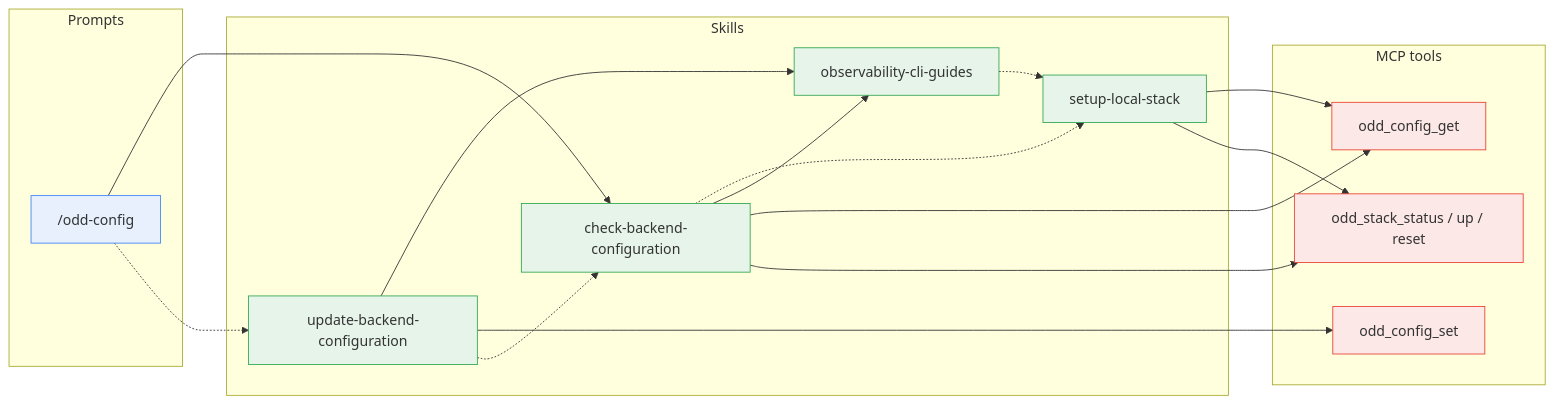
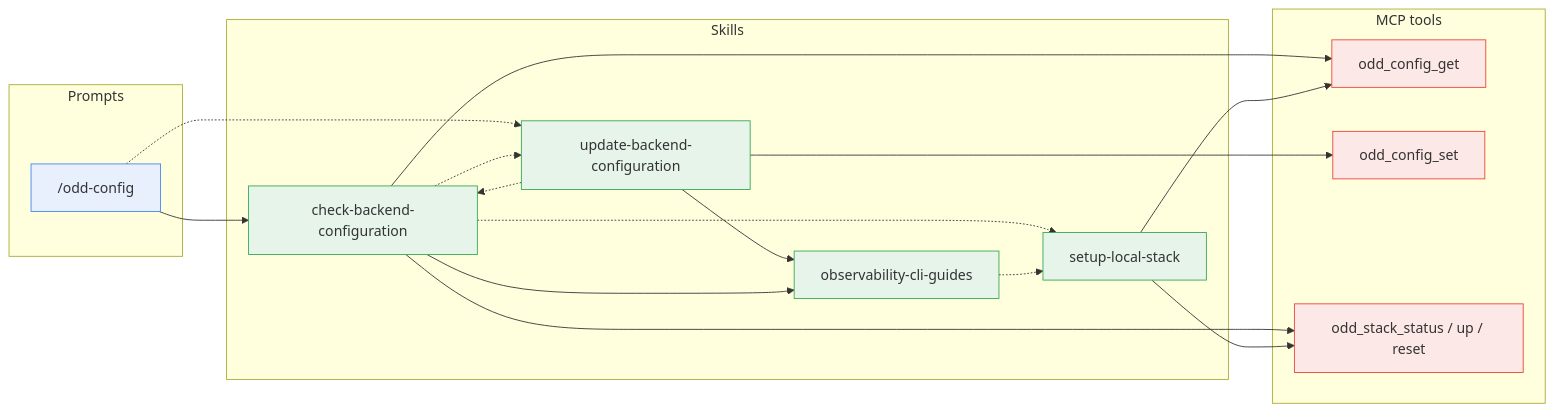
The fifth of 6 diagrams in docs/guide/dependencies.md (using-system/oddyssey), drawn with Mermaid before and after one commit. The commit also changed other lines of this file and 1 other file, not shown here.

````diff
--- a/docs/guide/dependencies.md
+++ b/docs/guide/dependencies.md
@@ -311,41 +318,42 @@
 ```mermaid
 flowchart LR
   subgraph Prompts
     config["/odd-config"]
   end
 
   subgraph Skills
     cbc[check-backend-configuration]
     ubc[update-backend-configuration]
     ocg[observability-cli-guides]
     sls[setup-local-stack]
   end
 
   subgraph MCP["MCP tools"]
     cfgget[odd_config_get]
     cfgset[odd_config_set]
     stack[odd_stack_status / up / reset]
   end
 
   config --> cbc
   config -.-> ubc
 
   ubc --> ocg
   ubc --> cfgset
   ubc -.-> cbc
 
   cbc -.-> sls
+  cbc -.-> ubc
   cbc --> ocg
   cbc --> cfgget
   cbc --> stack
   ocg -.-> sls
   sls --> cfgget
   sls --> stack
 
   classDef prompt fill:#e8f0fe,stroke:#4285f4
   classDef skill fill:#e6f4ea,stroke:#34a853
   classDef mcp fill:#fce8e6,stroke:#ea4335
   class config prompt
   class cbc,ubc,ocg,sls skill
   class cfgget,cfgset,stack mcp
 ```
````
